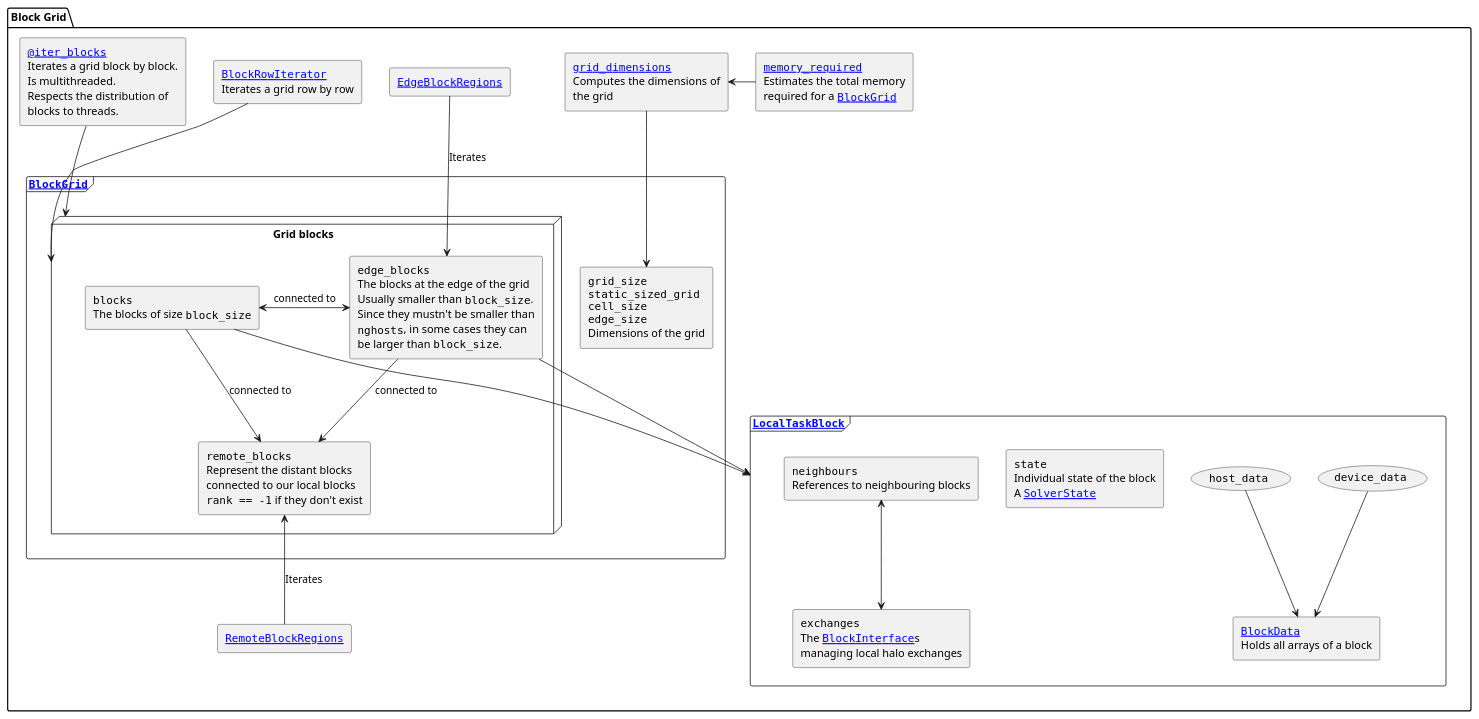
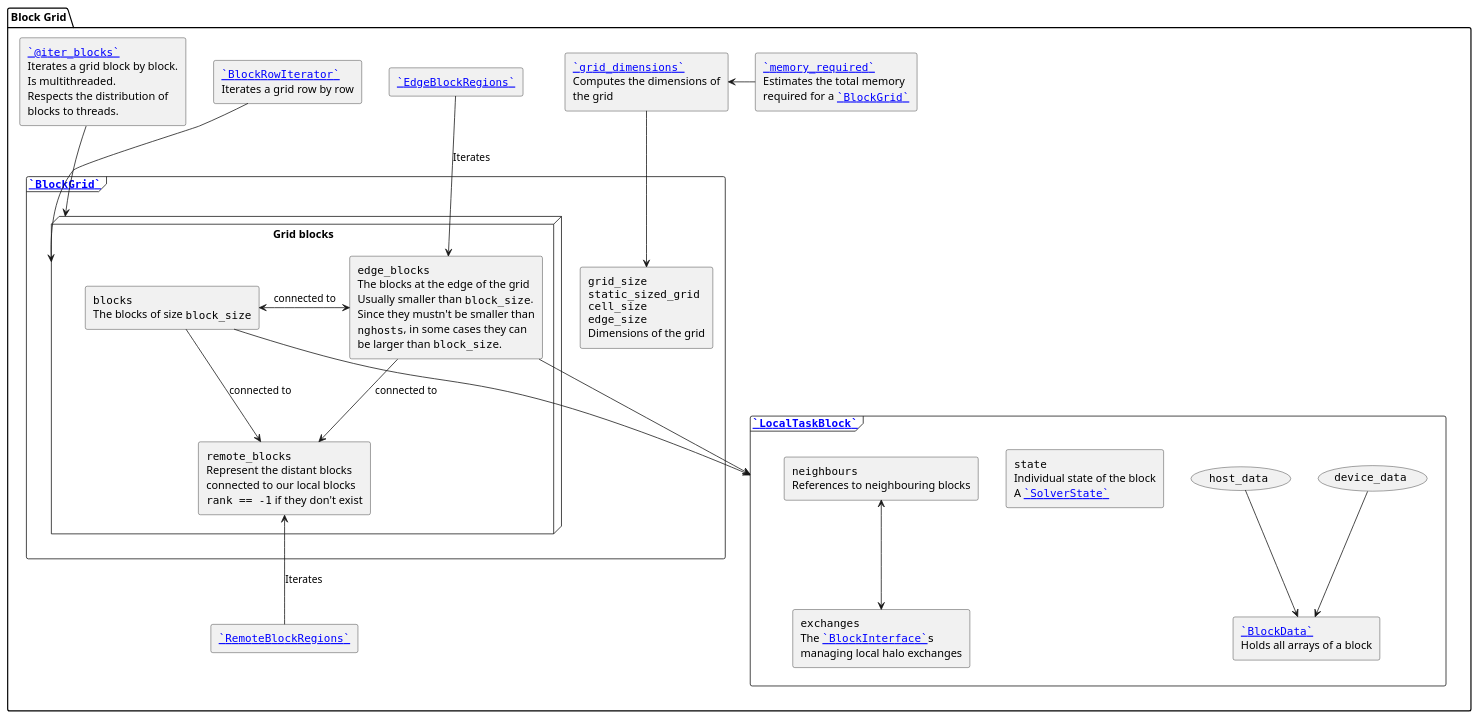
Before and after one commit to Keluaa/Armon.jl: the diagram in previews/PR17/uml/block_grid.puml, drawn with PlantUML. The commit also changed 27 other files, not shown here.

```diff
--- a/previews/PR17/uml/block_grid.puml
+++ b/previews/PR17/uml/block_grid.puml
@@ -1,126 +1,126 @@
 @startuml Armon.jl#block_grid
 
 <style>
 .mpi {
   BackGroundColor #22ccaa
   LineThickness 1
   LineColor black
 }
 
 .pause {
   BackGroundColor #ee1100
   LineThickness 1
   LineColor black
 }
 </style>
 
 package "Block Grid" as pkg_block_grid {
-    frame """[["[`BlockGrid`](@ref)" BlockGrid]]""" as block_grid {
+    frame """[[`BlockGrid`]]""" as block_grid {
 
         node "Grid blocks" as grid_blocks {
             rectangle block_grid_blocks [
                 ""blocks""
                 The blocks of size ""block_size""
             ]
             rectangle block_grid_edge_blocks [
                 ""edge_blocks""
                 The blocks at the edge of the grid
                 Usually smaller than ""block_size"".
                 Since they mustn't be smaller than
                 ""nghosts"", in some cases they can
                 be larger than ""block_size"".
             ]
             rectangle block_grid_remote_blocks [
                 ""remote_blocks""
                 Represent the distant blocks
                 connected to our local blocks
                 ""rank == -1"" if they don't exist
             ]
         }
 
         rectangle block_grid_dims [
             ""grid_size""
             ""static_sized_grid""
             ""cell_size""
             ""edge_size""
             Dimensions of the grid
         ]
 
         block_grid_blocks --> block_grid_remote_blocks : connected to
         block_grid_edge_blocks --> block_grid_remote_blocks : connected to
         block_grid_blocks <-> block_grid_edge_blocks : connected to
     }
 
     rectangle block_grid_dimensions [
-        ""[["[`grid_dimensions`](@ref)" grid_dimensions]]""
+        ""[[`grid_dimensions`]]""
         Computes the dimensions of
         the grid
     ]
 
     rectangle block_grid_mem_required [
-        ""[["[`memory_required`](@ref)" memory_required]]""
+        ""[[`memory_required`]]""
         Estimates the total memory
-        required for a ""[["[`BlockGrid`](@ref)" BlockGrid]]""
+        required for a ""[[`BlockGrid`]]""
     ]
 
-    rectangle """[["[`RemoteBlockRegions`](@ref)" RemoteBlockRegions]]""" as block_grid_RemoteBlockRegions
-    rectangle """[["[`EdgeBlockRegions`](@ref)" EdgeBlockRegions]]""" as block_grid_EdgeBlockRegions
+    rectangle """[[`RemoteBlockRegions`]]""" as block_grid_RemoteBlockRegions
+    rectangle """[[`EdgeBlockRegions`]]""" as block_grid_EdgeBlockRegions
 
     block_grid_dimensions --> block_grid_dims
     block_grid_dimensions <- block_grid_mem_required
 
-    frame """[["[`LocalTaskBlock`](@ref)" LocalTaskBlock]]""" as local_task_block {
+    frame """[[`LocalTaskBlock`]]""" as local_task_block {
         usecase """device_data""" as local_task_block_device_data
         usecase """host_data""" as local_task_block_host_data
 
         rectangle local_task_block_data [
-            ""[["[`BlockData`](@ref)" BlockData]]""
+            ""[[`BlockData`]]""
             Holds all arrays of a block
         ]
 
         rectangle local_task_block_state [
             ""state""
             Individual state of the block
-            A ""[["[`SolverState`](@ref)" SolverState]]""
+            A ""[[`SolverState`]]""
         ]
 
         rectangle local_task_block_neighbours [
             ""neighbours""
             References to neighbouring blocks
         ]
 
         rectangle local_task_block_exchanges [
             ""exchanges""
-            The ""[["[`BlockInterface`](@ref)" BlockInterface]]""s
+            The ""[[`BlockInterface`]]s""
             managing local halo exchanges
         ]
 
         local_task_block_neighbours <--> local_task_block_exchanges
 
         local_task_block_device_data --> local_task_block_data
         local_task_block_host_data --> local_task_block_data
     }
 
     rectangle block_grid_row_iterator [
-        ""[["[`BlockRowIterator`](@ref)" BlockRowIterator]]""
+        ""[[`BlockRowIterator`]]""
         Iterates a grid row by row
     ]
 
     rectangle block_grid_iter_blocks [
-        ""[["[`@iter_blocks`](@ref)" @iter_blocks]]""
+        ""[[`@iter_blocks`]]""
         Iterates a grid block by block.
         Is multithreaded.
         Respects the distribution of
         blocks to threads.
     ]
 
     block_grid_RemoteBlockRegions -up-> block_grid_remote_blocks : Iterates
     block_grid_EdgeBlockRegions -down-> block_grid_edge_blocks : Iterates
     block_grid_row_iterator --> grid_blocks
     block_grid_iter_blocks --> grid_blocks
 
     block_grid_blocks --> local_task_block
     block_grid_edge_blocks --> local_task_block
 }
 
 @enduml
```
